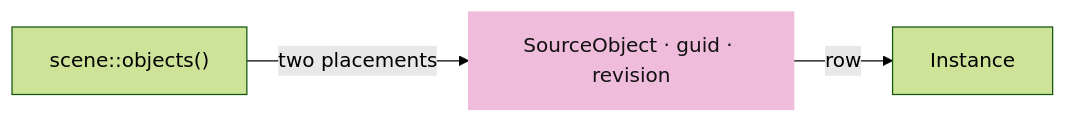
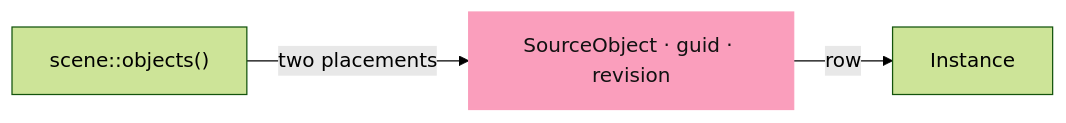
One commit to petrasvestartas/session changed the fourth of 6 diagrams in session_viewer/docs/03-identity.md. Above: the diagram before and after it, drawn with Mermaid (forest theme). The commit also changed other lines of this file and 328 other files, not shown here.

First line of the commit message:
Course: the palette you sent, and mermaid drawn like the drawings

````diff
--- a/session_viewer/docs/03-identity.md
+++ b/session_viewer/docs/03-identity.md
@@ -84,6 +84,6 @@
 ```mermaid
 flowchart LR
     S["SourceObject · guid · revision"] -- "row" --> I["Instance"]
     O["scene::objects()"] -- "two placements" --> S
-    style S fill:#f0bcdb,stroke:#f0bcdb,color:#111
+    style S fill:#fa9ebc,stroke:#fa9ebc,color:#111
 ```
````
